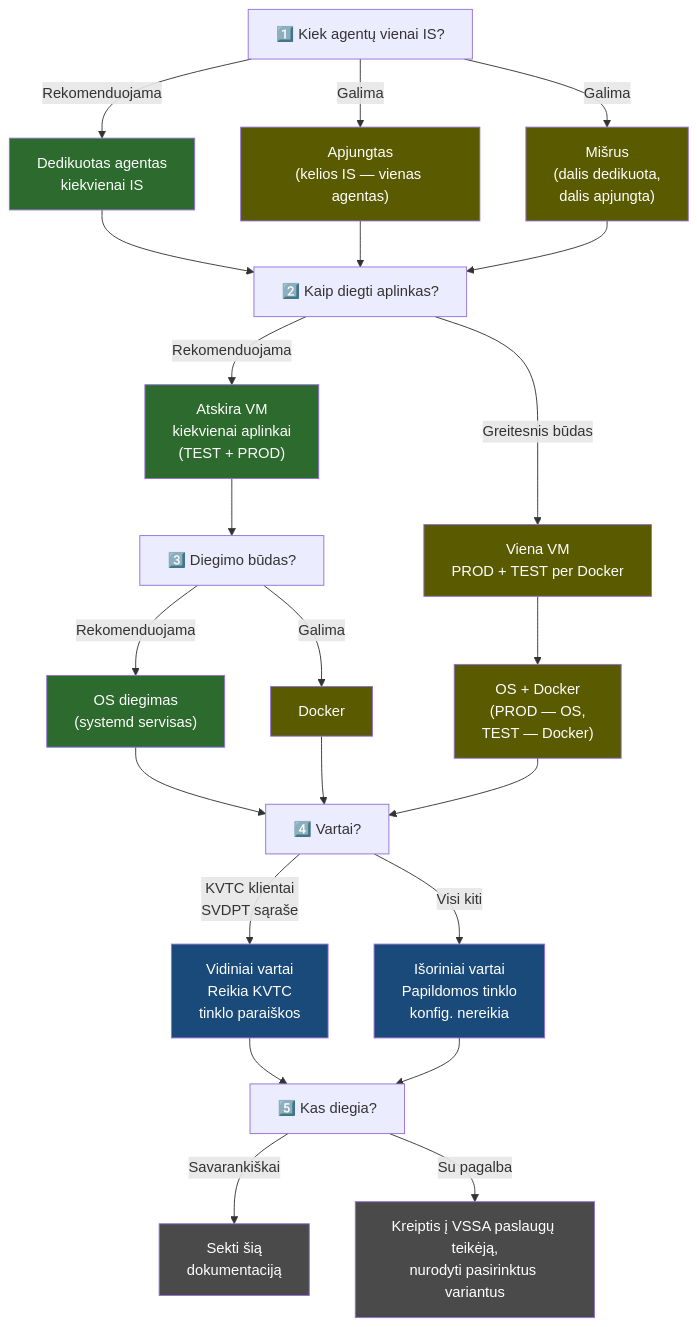
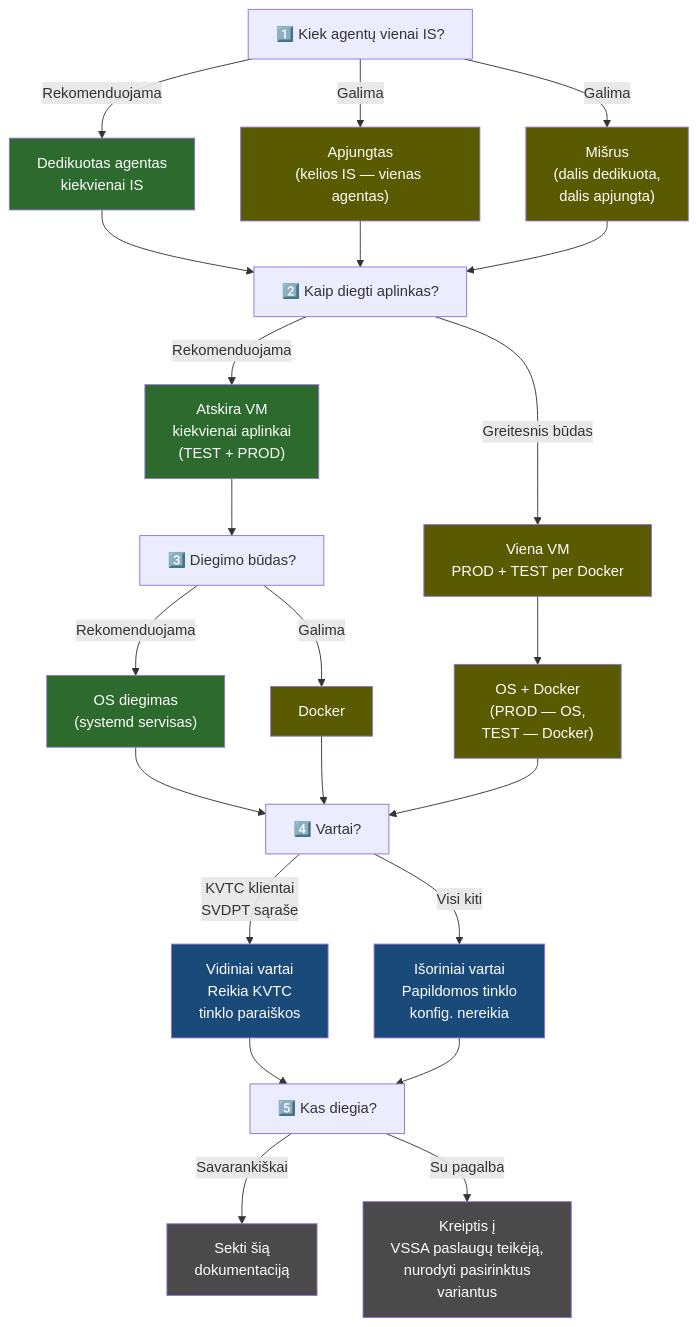
Before and after one commit to atviriduomenys/spinta: the diagram in docs/lt/agentas/sprendimai.md, drawn with Mermaid.

Commit message:
docs: pataisytas teksto laužymas paskutiniame Mermaid mazge

````diff
--- a/docs/lt/agentas/sprendimai.md
+++ b/docs/lt/agentas/sprendimai.md
@@ -5,44 +5,44 @@
 ```{mermaid}
 flowchart TD
     Q1["1️⃣ Kiek agentų vienai IS?"]
     Q1 -->|"Rekomenduojama"| A1["Dedikuotas agentas<br/>kiekvienai IS"]
     Q1 -->|"Galima"| A2["Apjungtas<br/>(kelios IS — vienas agentas)"]
     Q1 -->|"Galima"| A3["Mišrus<br/>(dalis dedikuota,<br/>dalis apjungta)"]
 
     A1 & A2 & A3 --> Q2
 
     Q2["2️⃣ Kaip diegti aplinkas?"]
     Q2 -->|"Rekomenduojama"| B1["Atskira VM<br/>kiekvienai aplinkai<br/>(TEST + PROD)"]
     Q2 -->|"Greitesnis būdas"| B2["Viena VM<br/>PROD + TEST per Docker"]
 
     B1 --> Q3A["3️⃣ Diegimo būdas?"]
     Q3A -->|"Rekomenduojama"| C1["OS diegimas<br/>(systemd servisas)"]
     Q3A -->|"Galima"| C2["Docker"]
 
     B2 --> C3["OS + Docker<br/>(PROD — OS,<br/>TEST — Docker)"]
 
     C1 & C2 & C3 --> Q4
 
     Q4["4️⃣ Vartai?"]
     Q4 -->|"KVTC klientai<br/>SVDPT sąraše"| D1["Vidiniai vartai<br/>Reikia KVTC<br/>tinklo paraiškos"]
     Q4 -->|"Visi kiti"| D2["Išoriniai vartai<br/>Papildomos tinklo<br/>konfig. nereikia"]
 
     D1 & D2 --> Q5
 
     Q5["5️⃣ Kas diegia?"]
     Q5 -->|"Savarankiškai"| E1["Sekti šią<br/>dokumentaciją"]
-    Q5 -->|"Su pagalba"| E2["Kreiptis į VSSA paslaugų teikėją,<br/>nurodyti pasirinktus variantus"]
+    Q5 -->|"Su pagalba"| E2["Kreiptis į<br/>VSSA paslaugų teikėją,<br/>nurodyti pasirinktus<br/>variantus"]
 
     style A1 fill:#2d6a2d,color:#fff
     style B1 fill:#2d6a2d,color:#fff
     style C1 fill:#2d6a2d,color:#fff
     style A2 fill:#5a5a00,color:#fff
     style A3 fill:#5a5a00,color:#fff
     style B2 fill:#5a5a00,color:#fff
     style C2 fill:#5a5a00,color:#fff
     style C3 fill:#5a5a00,color:#fff
     style D1 fill:#1a4a7a,color:#fff
     style D2 fill:#1a4a7a,color:#fff
     style E1 fill:#4a4a4a,color:#fff
     style E2 fill:#4a4a4a,color:#fff
 ```
````
